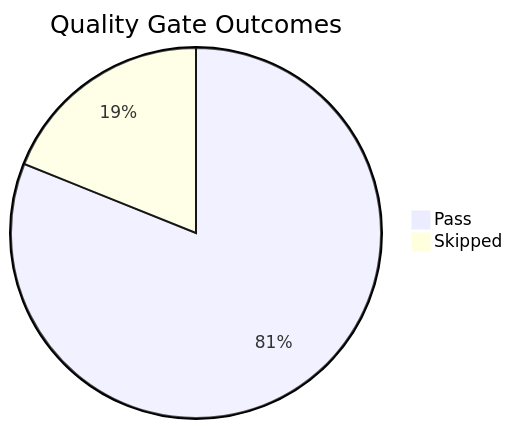
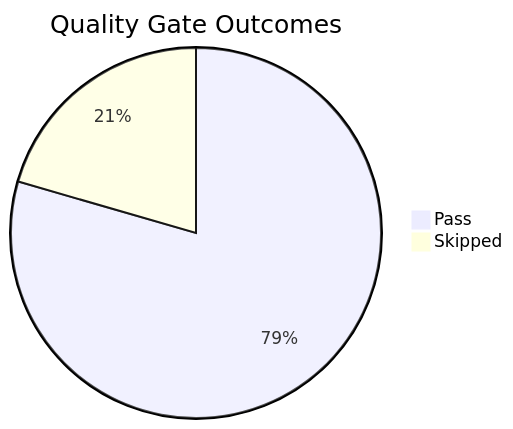
Before and after one commit to yeongseon/azure-app-service-practical-guide: the diagram in docs/meta/golden-status.md, drawn with Mermaid. The commit also changed other lines of this file and 1 other file, not shown here.

````diff
--- a/docs/meta/golden-status.md
+++ b/docs/meta/golden-status.md
@@ -42,5 +42,5 @@
 ```mermaid
 pie title Quality Gate Outcomes
-    "Pass" : 30
-    "Skipped" : 7
+    "Pass" : 31
+    "Skipped" : 8
 ```
````
